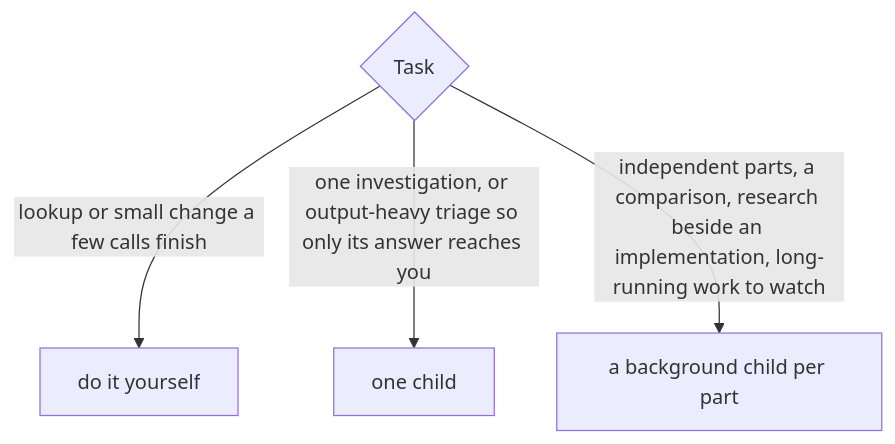
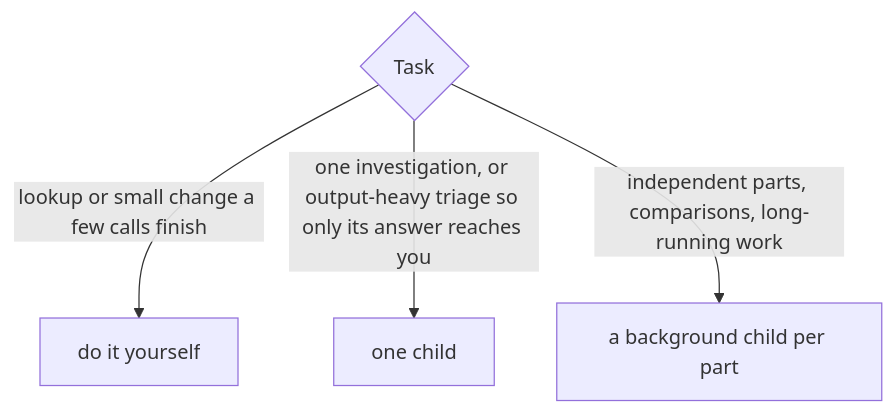
One commit to bgauryy/octocode-coding-agent changed the diagram in packages/coding-agent/src/octocode/instructions/policy/delegation.md. Above: the diagram before and after it, drawn with Mermaid. The commit also changed other lines of this file and 405 other files, not shown here.

````diff
--- a/packages/coding-agent/src/octocode/instructions/policy/delegation.md
+++ b/packages/coding-agent/src/octocode/instructions/policy/delegation.md
@@ -7,6 +4,6 @@
 ```mermaid
 flowchart TD
   T{Task} -->|lookup or small change a few calls finish| N[do it yourself]
   T -->|one investigation, or output-heavy triage so only its answer reaches you| C[one child]
-  T -->|independent parts, a comparison, research beside an implementation, long-running work to watch| G[a background child per part]
+  T -->|independent parts, comparisons, long-running work| G[a background child per part]
 ```
````
